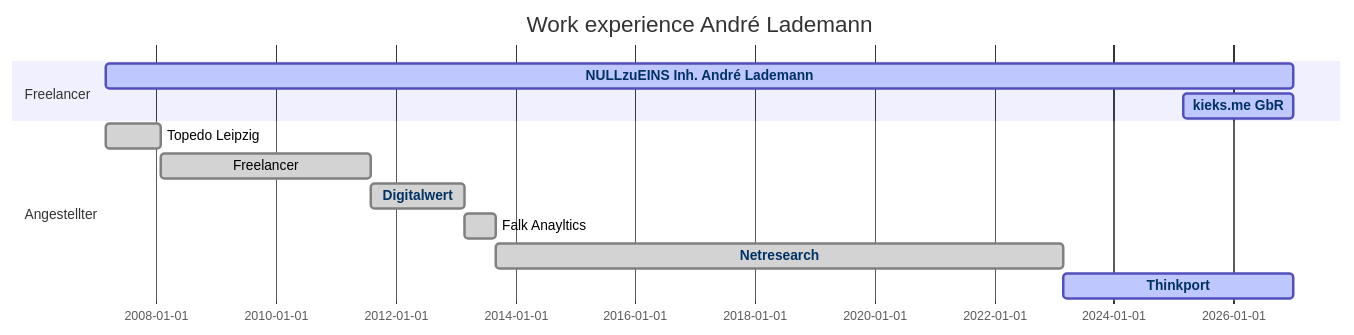
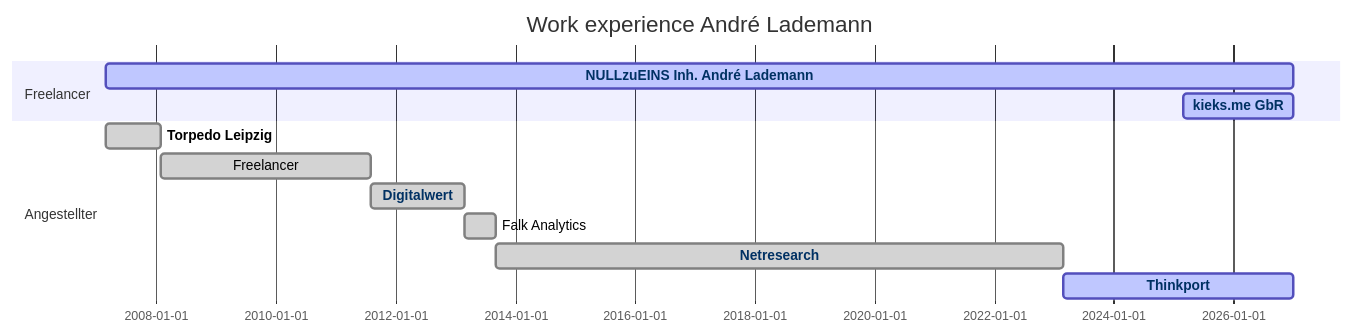
One commit to vergissberlin/vergissberlin changed the diagram in README.md. Above: the diagram before and after it, drawn with Mermaid. The commit also changed other lines of this file and 16 other files, not shown here.

````diff
--- a/README.md
+++ b/README.md
@@ -159,24 +159,24 @@
 ```mermaid
 gantt
 	dateFormat YYYY-MM-DD
 	title      Work experience André Lademann
 
 	section Freelancer 
 		NULLzuEINS Inh. André Lademann :active,  nze, 2007-03, 2026-12-31
 		kieks.me GbR  :active,  kieksme, 2025-03-01, 2026-12-31
 		click nze href "https://nullzueins.com"
 		click kieksme href "https://kieks.me"
 	
 	section Angestellter
-		Topedo Leipzig : done, emp1, 2007-03-01, 2008-02-01
-		Freelancer     :done, emp2, after emp1, 2011-08-01
-		Digitalwert    :done, emp3, after emp2, 2013-03-01
-		Falk Anayltics : done, emp4, after emp3, 2013-09-01
-		Netresearch    : done, emp5, after emp4, 2023-02-28
-		Thinkport      :active, emp6, after emp5, 2026-12-31
-	
-		click emp3 href "https://torpedo-motor.com"
+		Torpedo Leipzig : done, emp1, 2007-03-01, 2008-02-01
+		Freelancer      :done, emp2, after emp1, 2011-08-01
+		Digitalwert     :done, emp3, after emp2, 2013-03-01
+		Falk Analytics  : done, emp4, after emp3, 2013-09-01
+		Netresearch     : done, emp5, after emp4, 2023-02-28
+		Thinkport       :active, emp6, after emp5, 2026-12-31
+
+		click emp1 href "https://torpedo-motor.com"
 		click emp3 href "https://digitalwert.de"
 		click emp5 href "https://netresearch.de"
 		click emp6 href "https://thinkport.digital"
 ```
````
